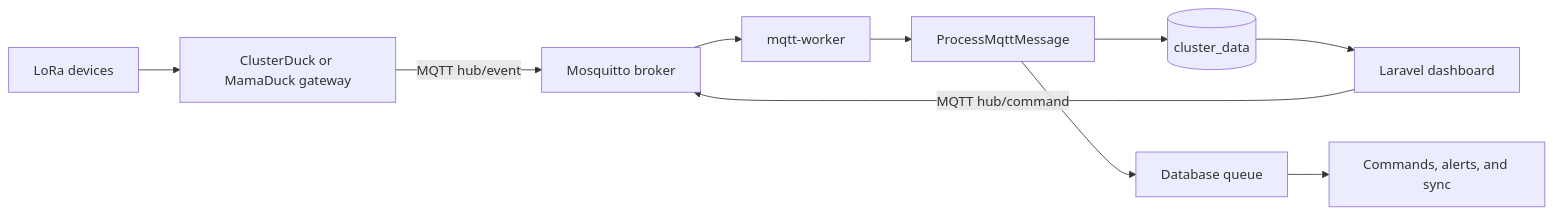
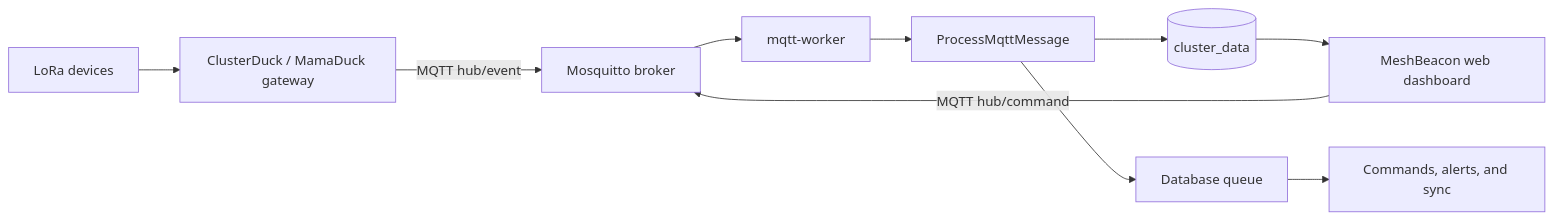
Before and after one commit to MeshBeacon/meshbeacon: the first of 2 diagrams in README.md, drawn with Mermaid. The commit also changed other lines of this file and 4 other files, not shown here.

````diff
--- a/README.md
+++ b/README.md
@@ -82,12 +86,12 @@
 ```mermaid
 flowchart LR
-    D[LoRa devices] --> G[ClusterDuck or MamaDuck gateway]
+    D[LoRa devices] --> G[ClusterDuck / MamaDuck gateway]
     G -->|MQTT hub/event| B[Mosquitto broker]
     B --> W[mqtt-worker]
     W --> P[ProcessMqttMessage]
     P --> DB[(cluster_data)]
     P --> Q[Database queue]
     Q --> J[Commands, alerts, and sync]
-    DB --> A[Laravel dashboard]
+    DB --> A[MeshBeacon web dashboard]
     A -->|MQTT hub/command| B
 ```
````
